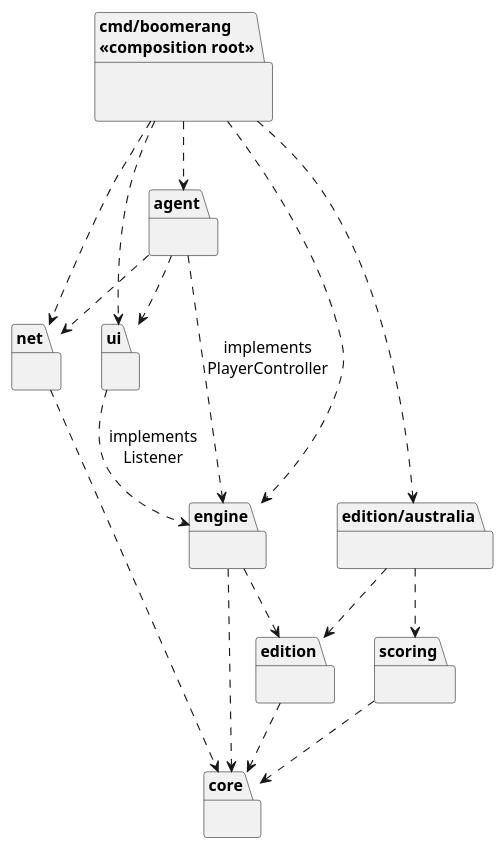
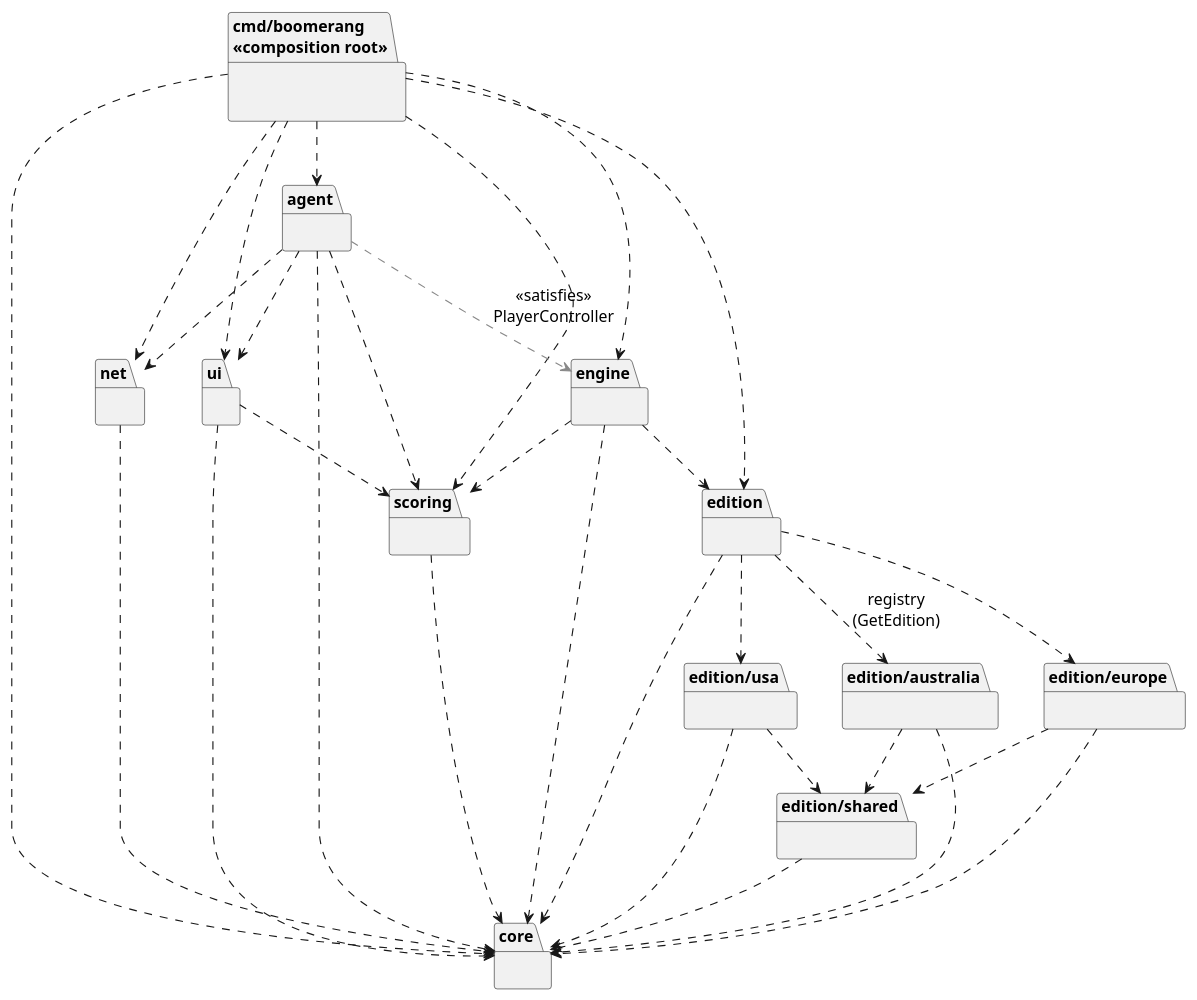
Before and after one commit to BlackestDawn/ltu-boomerang: the diagram in docs/diagrams/packages.puml, drawn with PlantUML. The commit also changed 5 other files, not shown here.

Commit message:
updating diagrams

```diff
--- a/docs/diagrams/packages.puml
+++ b/docs/diagrams/packages.puml
@@ -1,44 +1,70 @@
 @startuml packages
 skinparam defaultFontName Arial
 skinparam defaultFontSize 14
 skinparam shadowing false
-skinparam componentStyle rectangle
 skinparam packageStyle folder
+skinparam nodesep 40
+skinparam ranksep 55
 top to bottom direction
 
 package "cmd/boomerang\n<<composition root>>" as main {
 }
 package "agent" as agent {
 }
 package "ui" as ui {
 }
 package "net" as net {
 }
 package "engine" as engine {
 }
+package "edition" as edition {
+}
 package "edition/australia" as aus {
 }
-package "edition" as edition {
+package "edition/europe" as eu {
+}
+package "edition/usa" as us {
+}
+package "edition/shared" as shared {
 }
 package "scoring" as scoring {
 }
 package "core" as core {
 }
 
 main ..> agent
 main ..> ui
 main ..> net
 main ..> engine
-main ..> aus
-agent ..> engine : implements\nPlayerController
+main ..> edition
+main ..> scoring
+main ..> core
+
 agent ..> ui
 agent ..> net
-ui ..> engine : implements\nListener
+agent ..> scoring
+agent ..> core
+agent .[#888888].> engine : <<satisfies>>\nPlayerController
+
+ui ..> scoring
+ui ..> core
 net ..> core
+
 engine ..> edition
+engine ..> scoring
 engine ..> core
-aus ..> edition
-aus ..> scoring
+
+edition ..> aus : registry\n(GetEdition)
+edition ..> eu
+edition ..> us
 edition ..> core
+aus ..> shared
+eu ..> shared
+us ..> shared
+aus ..> core
+eu ..> core
+us ..> core
+shared ..> core
+
 scoring ..> core
 @enduml
```
